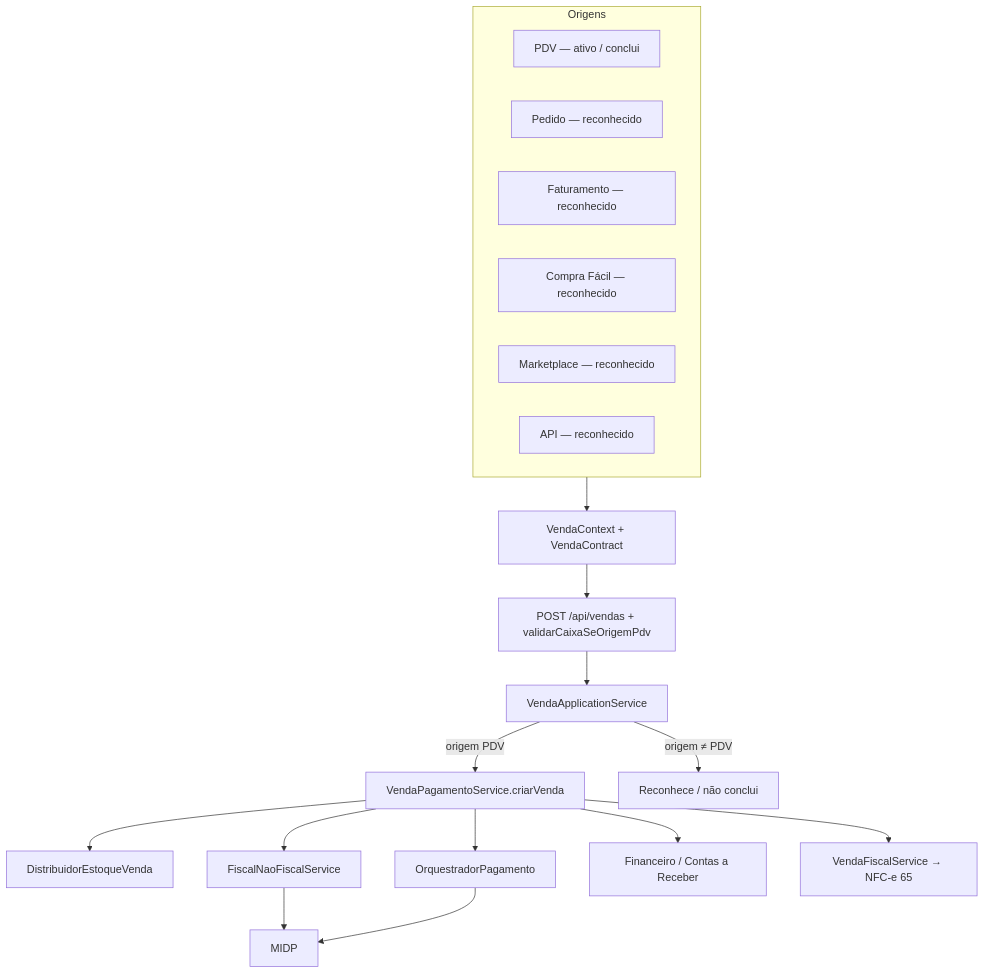
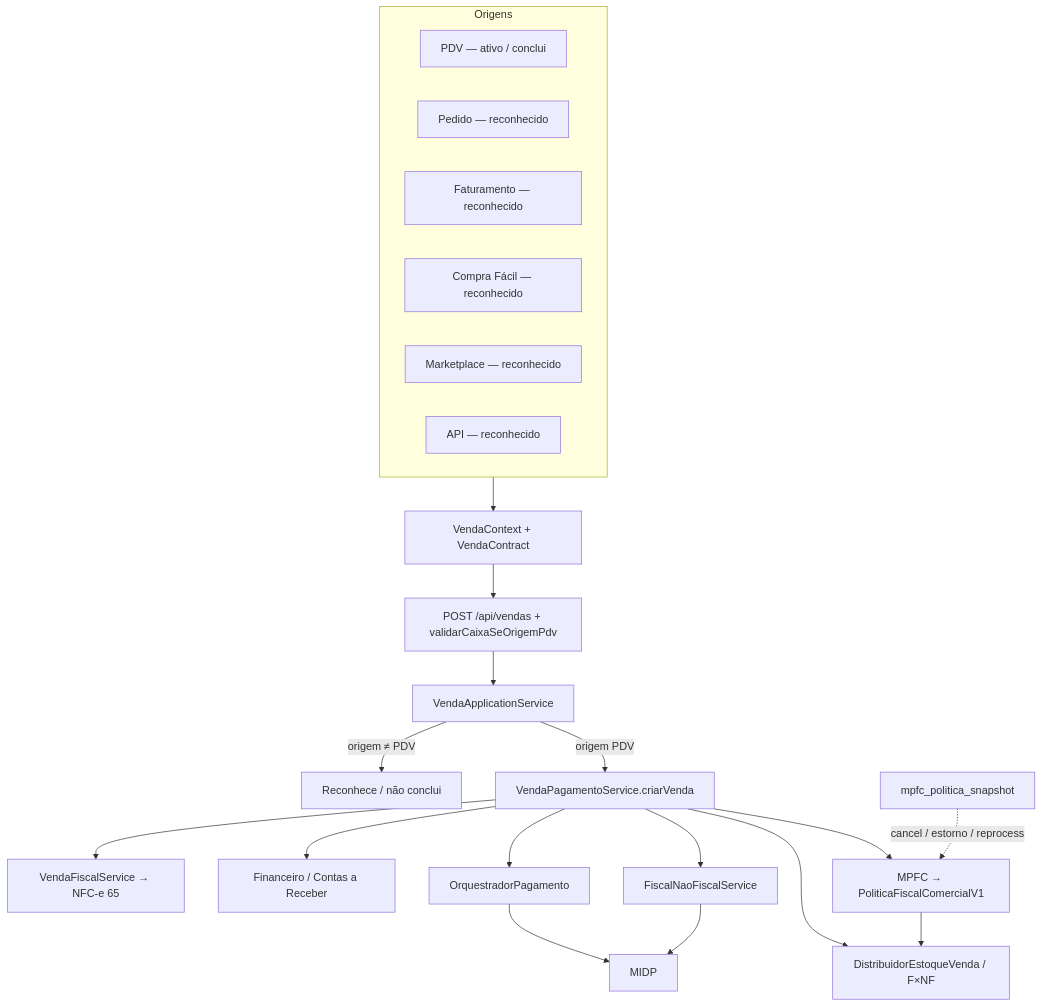
The fifth of 5 diagrams in docs/arquitetura/NUCLEO_TRANSACIONAL_VENDA_V1.md (cicerodiego888-a11y/CDS-SISTEMAS-INTELIGENTE), drawn with Mermaid before and after one commit. The commit also changed other lines of this file and 187 other files, not shown here.

````diff
--- a/docs/arquitetura/NUCLEO_TRANSACIONAL_VENDA_V1.md
+++ b/docs/arquitetura/NUCLEO_TRANSACIONAL_VENDA_V1.md
@@ -581,25 +591,28 @@
 ```mermaid
 flowchart TB
   subgraph Origens
     PDV[PDV — ativo / conclui]
     PED[Pedido — reconhecido]
     FAT[Faturamento — reconhecido]
     CF[Compra Fácil — reconhecido]
     MKT[Marketplace — reconhecido]
     API[API — reconhecido]
   end
 
   Origens --> CTX[VendaContext + VendaContract]
   CTX --> PORTA["POST /api/vendas + validarCaixaSeOrigemPdv"]
   PORTA --> APP[VendaApplicationService]
   APP -->|origem PDV| NUCLEO[VendaPagamentoService.criarVenda]
   APP -->|origem ≠ PDV| ACK[Reconhece / não conclui]
 
-  NUCLEO --> ESTQ[DistribuidorEstoqueVenda]
+  NUCLEO --> MPFC[MPFC → PoliticaFiscalComercialV1]
+  MPFC --> ESTQ[DistribuidorEstoqueVenda / F×NF]
+  NUCLEO --> ESTQ
   NUCLEO --> FXNF[FiscalNaoFiscalService]
   FXNF --> MIDP[MIDP]
   NUCLEO --> ORQ[OrquestradorPagamento]
   ORQ --> MIDP
   NUCLEO --> FIN[Financeiro / Contas a Receber]
   NUCLEO --> DOC[VendaFiscalService → NFC-e 65]
+  SNAP[mpfc_politica_snapshot] -.->|cancel / estorno / reprocess| MPFC
 ```
````
